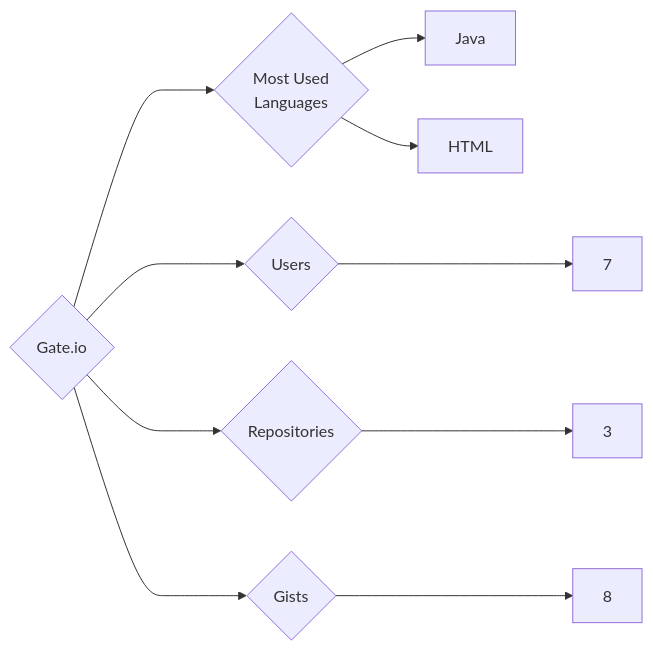
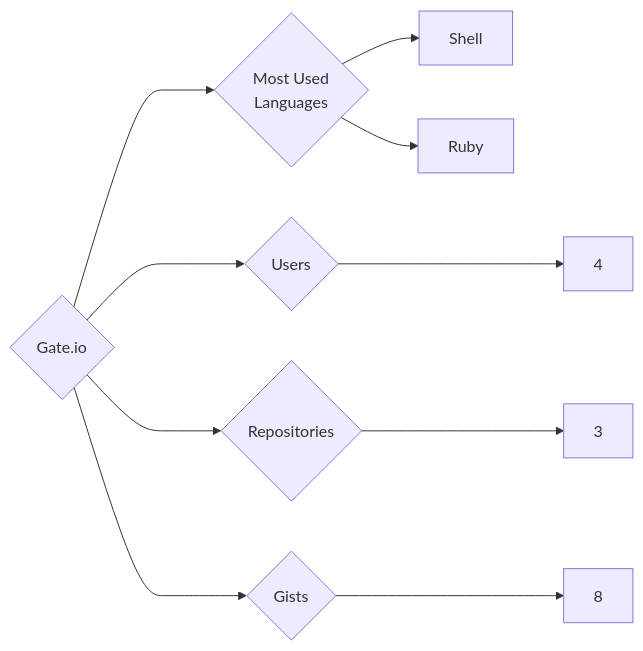
Before and after one commit to trickest/insiders: the diagram in targets/Gate.io/README.md, drawn with Mermaid. The commit also changed 988 other files, not shown here.

````diff
--- a/targets/Gate.io/README.md
+++ b/targets/Gate.io/README.md
@@ -3,10 +3,10 @@
 ```mermaid
 graph LR
 COMPANY_NAME{Gate.io}
-COMPANY_NAME ---> U{Users} ---> UN[7]
+COMPANY_NAME ---> U{Users} ---> UN[4]
 COMPANY_NAME ---> R{Repositories} ---> RN[3]
 COMPANY_NAME ---> G{Gists} ---> GN[8]
 COMPANY_NAME ---> ML{Most Used<br>Languages}
-ML --> Java[Java]
-ML --> HTML[HTML]
+ML --> Shell[Shell]
+ML --> Ruby[Ruby]
 ```
````
